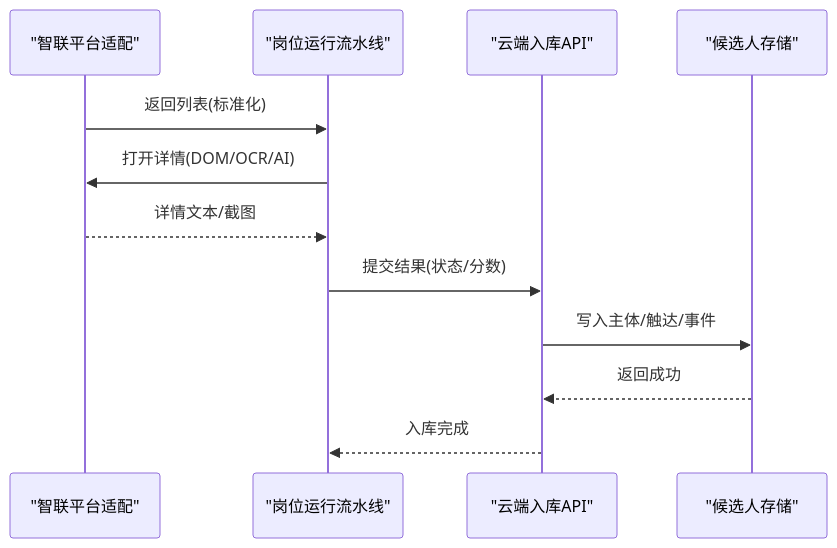
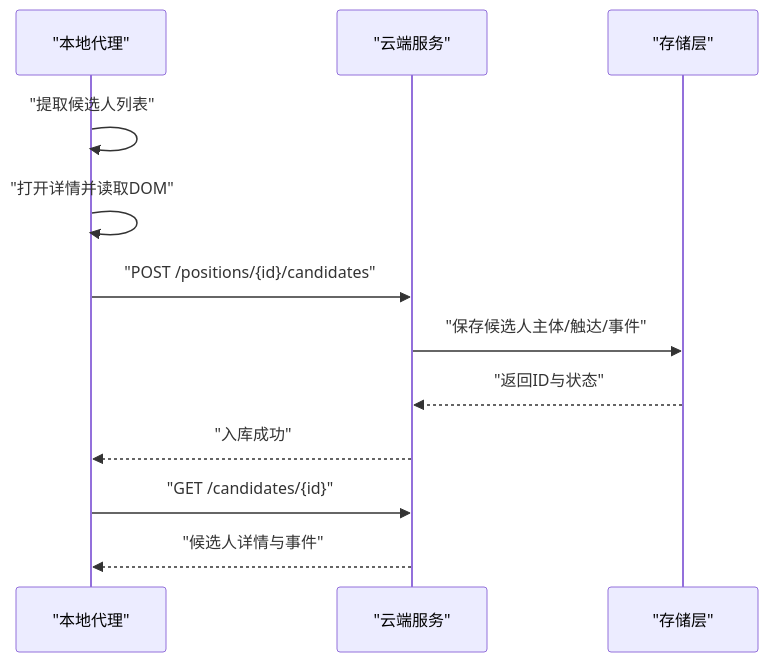
The sixth of 7 diagrams in .qoder/repowiki/zh/content/本地执行器/平台适配器/智联招聘适配器/候选人处理.md (alvinwangzi/goodhr), drawn with Mermaid before and after one commit. The commit also changed other lines of this file and 149 other files, not shown here.

````diff
--- a/.qoder/repowiki/zh/content/本地执行器/平台适配器/智联招聘适配器/候选人处理.md
+++ b/.qoder/repowiki/zh/content/本地执行器/平台适配器/智联招聘适配器/候选人处理.md
@@ -312,14 +292,14 @@
 ```mermaid
 sequenceDiagram
-participant ZP as "智联平台适配"
-participant Runner as "岗位运行流水线"
-participant Cloud as "云端入库API"
-participant Store as "候选人存储"
-ZP->>Runner : 返回列表(标准化)
-Runner->>ZP : 打开详情(DOM/OCR/AI)
-ZP-->>Runner : 详情文本/截图
-Runner->>Cloud : 提交结果(状态/分数)
-Cloud->>Store : 写入主体/触达/事件
-Store-->>Cloud : 返回成功
-Cloud-->>Runner : 入库完成
+participant Local as "本地代理"
+participant Cloud as "云端服务"
+participant Store as "存储层"
+Local->>Local : "提取候选人列表"
+Local->>Local : "打开详情并读取DOM"
+Local->>Cloud : "POST /positions/{id}/candidates"
+Cloud->>Store : "保存候选人主体/触达/事件"
+Store-->>Cloud : "返回ID与状态"
+Cloud-->>Local : "入库成功"
+Local->>Cloud : "GET /candidates/{id}"
+Cloud-->>Local : "候选人详情与事件"
 ```
````
